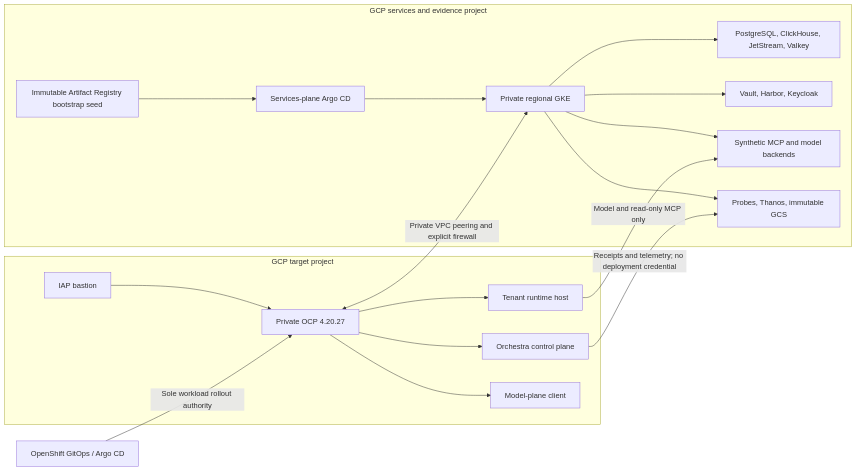
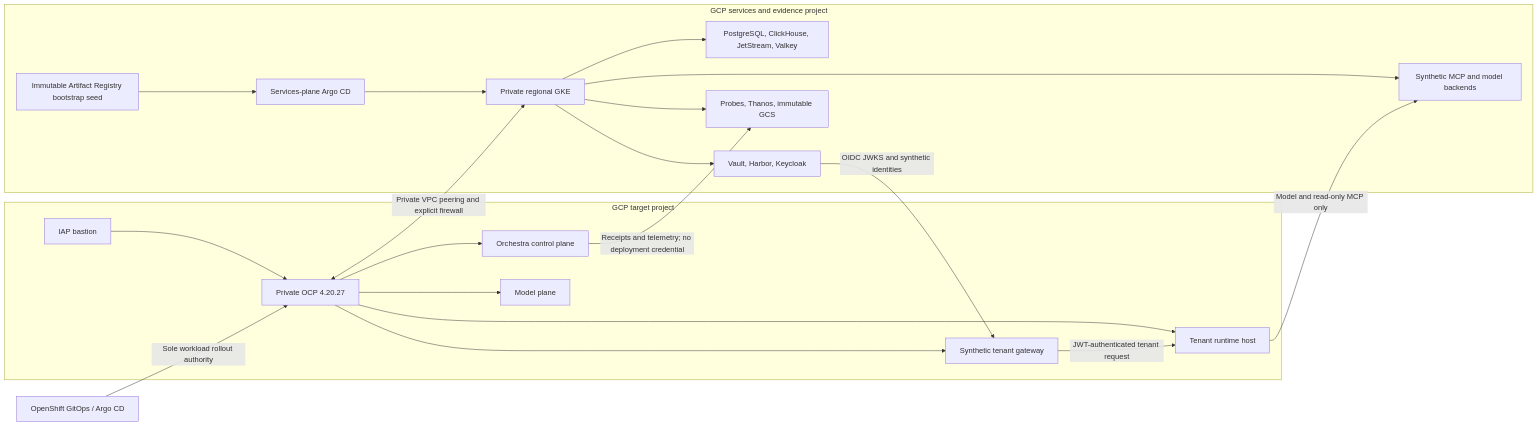
One commit to caglarsubas/orchestra-openshift-reference-lab changed the diagram in docs/architecture.md. Above: the diagram before and after it, drawn with Mermaid. The commit also changed other lines of this file and 31 other files, not shown here.

Commit message:
feat: add synthetic tenant and MCP lab surfaces

````diff
--- a/docs/architecture.md
+++ b/docs/architecture.md
@@ -5,35 +5,39 @@
 ```mermaid
 flowchart LR
   subgraph GCP_TARGET["GCP target project"]
     IAP["IAP bastion"]
     OCP["Private OCP 4.20.27"]
     PLATFORM["Orchestra control plane"]
+    GATEWAY["Synthetic tenant gateway"]
     RUNTIME["Tenant runtime host"]
-    MODEL["Model-plane client"]
+    MODEL["Model plane"]
     IAP --> OCP
     OCP --> PLATFORM
+    OCP --> GATEWAY
     OCP --> RUNTIME
     OCP --> MODEL
+    GATEWAY -->|"JWT-authenticated tenant request"| RUNTIME
   end
 
   subgraph GCP_SERVICES["GCP services and evidence project"]
     GKE["Private regional GKE"]
     DATA["PostgreSQL, ClickHouse, JetStream, Valkey"]
     SECURITY["Vault, Harbor, Keycloak"]
     SEED["Immutable Artifact Registry bootstrap seed"]
     SARGO["Services-plane Argo CD"]
     SYNTHETIC["Synthetic MCP and model backends"]
     EVIDENCE["Probes, Thanos, immutable GCS"]
     GKE --> DATA
     GKE --> SECURITY
     SEED --> SARGO
     SARGO --> GKE
     GKE --> SYNTHETIC
     GKE --> EVIDENCE
   end
 
   OCP <-->|"Private VPC peering and explicit firewall"| GKE
+  SECURITY -->|"OIDC JWKS and synthetic identities"| GATEWAY
   RUNTIME -->|"Model and read-only MCP only"| SYNTHETIC
   PLATFORM -->|"Receipts and telemetry; no deployment credential"| EVIDENCE
   ARGO["OpenShift GitOps / Argo CD"] -->|"Sole workload rollout authority"| OCP
 ```
````
